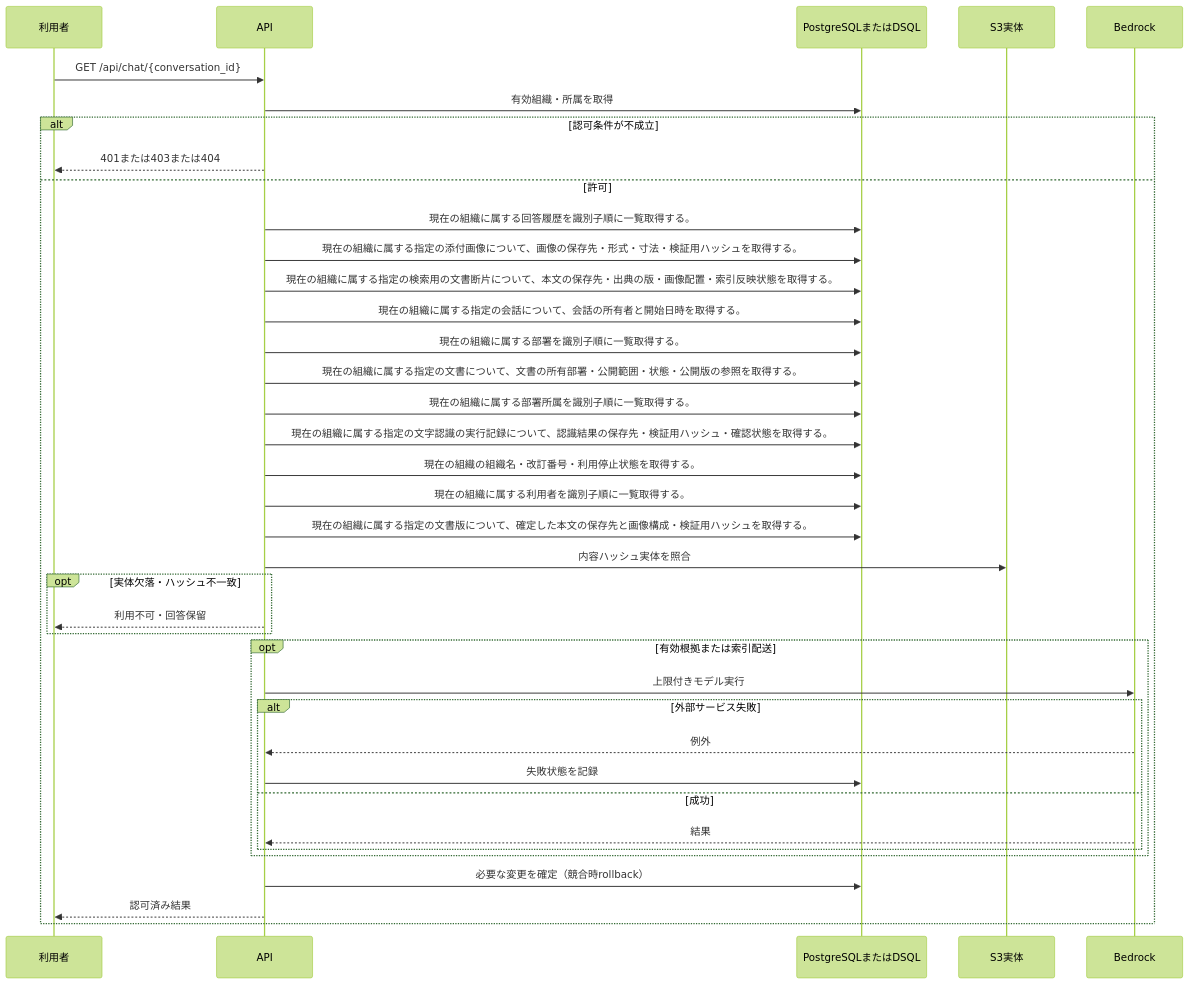
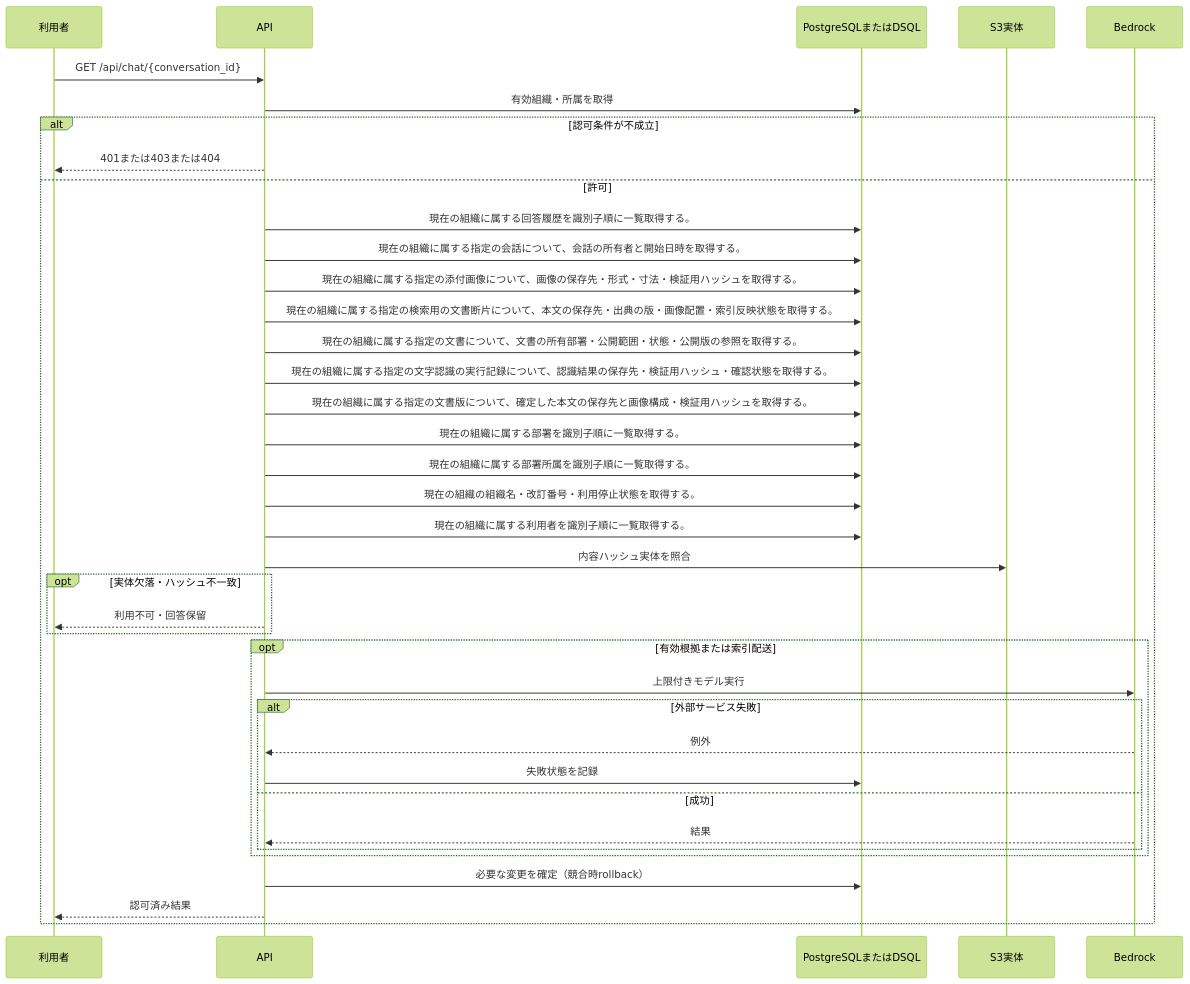
Before and after one commit to tsuji-tomonori/KotoRelay: the diagram in docs/design/generated/api/chat/chat_history/sequence.md, drawn with Mermaid (forest theme). The commit also changed other lines of this file and 628 other files, not shown here.

````diff
--- a/docs/design/generated/api/chat/chat_history/sequence.md
+++ b/docs/design/generated/api/chat/chat_history/sequence.md
@@ -7,40 +7,40 @@
 ```mermaid
 sequenceDiagram
     participant U as 利用者
     participant A as API
     participant D as PostgreSQLまたはDSQL
     participant S as S3実体
     participant M as Bedrock
     U->>A: GET /api/chat/{conversation_id}
     A->>D: 有効組織・所属を取得
     alt 認可条件が不成立
         A-->>U: 401または403または404
     else 許可
         A->>D: 現在の組織に属する回答履歴を識別子順に一覧取得する。
+        A->>D: 現在の組織に属する指定の会話について、会話の所有者と開始日時を取得する。
         A->>D: 現在の組織に属する指定の添付画像について、画像の保存先・形式・寸法・検証用ハッシュを取得する。
         A->>D: 現在の組織に属する指定の検索用の文書断片について、本文の保存先・出典の版・画像配置・索引反映状態を取得する。
-        A->>D: 現在の組織に属する指定の会話について、会話の所有者と開始日時を取得する。
+        A->>D: 現在の組織に属する指定の文書について、文書の所有部署・公開範囲・状態・公開版の参照を取得する。
+        A->>D: 現在の組織に属する指定の文字認識の実行記録について、認識結果の保存先・検証用ハッシュ・確認状態を取得する。
+        A->>D: 現在の組織に属する指定の文書版について、確定した本文の保存先と画像構成・検証用ハッシュを取得する。
         A->>D: 現在の組織に属する部署を識別子順に一覧取得する。
-        A->>D: 現在の組織に属する指定の文書について、文書の所有部署・公開範囲・状態・公開版の参照を取得する。
         A->>D: 現在の組織に属する部署所属を識別子順に一覧取得する。
-        A->>D: 現在の組織に属する指定の文字認識の実行記録について、認識結果の保存先・検証用ハッシュ・確認状態を取得する。
         A->>D: 現在の組織の組織名・改訂番号・利用停止状態を取得する。
         A->>D: 現在の組織に属する利用者を識別子順に一覧取得する。
-        A->>D: 現在の組織に属する指定の文書版について、確定した本文の保存先と画像構成・検証用ハッシュを取得する。
         A->>S: 内容ハッシュ実体を照合
         opt 実体欠落・ハッシュ不一致
             A-->>U: 利用不可・回答保留
         end
         opt 有効根拠または索引配送
             A->>M: 上限付きモデル実行
             alt 外部サービス失敗
                 M-->>A: 例外
                 A->>D: 失敗状態を記録
             else 成功
                 M-->>A: 結果
             end
         end
         A->>D: 必要な変更を確定（競合時rollback）
         A-->>U: 認可済み結果
     end
 ```
````
